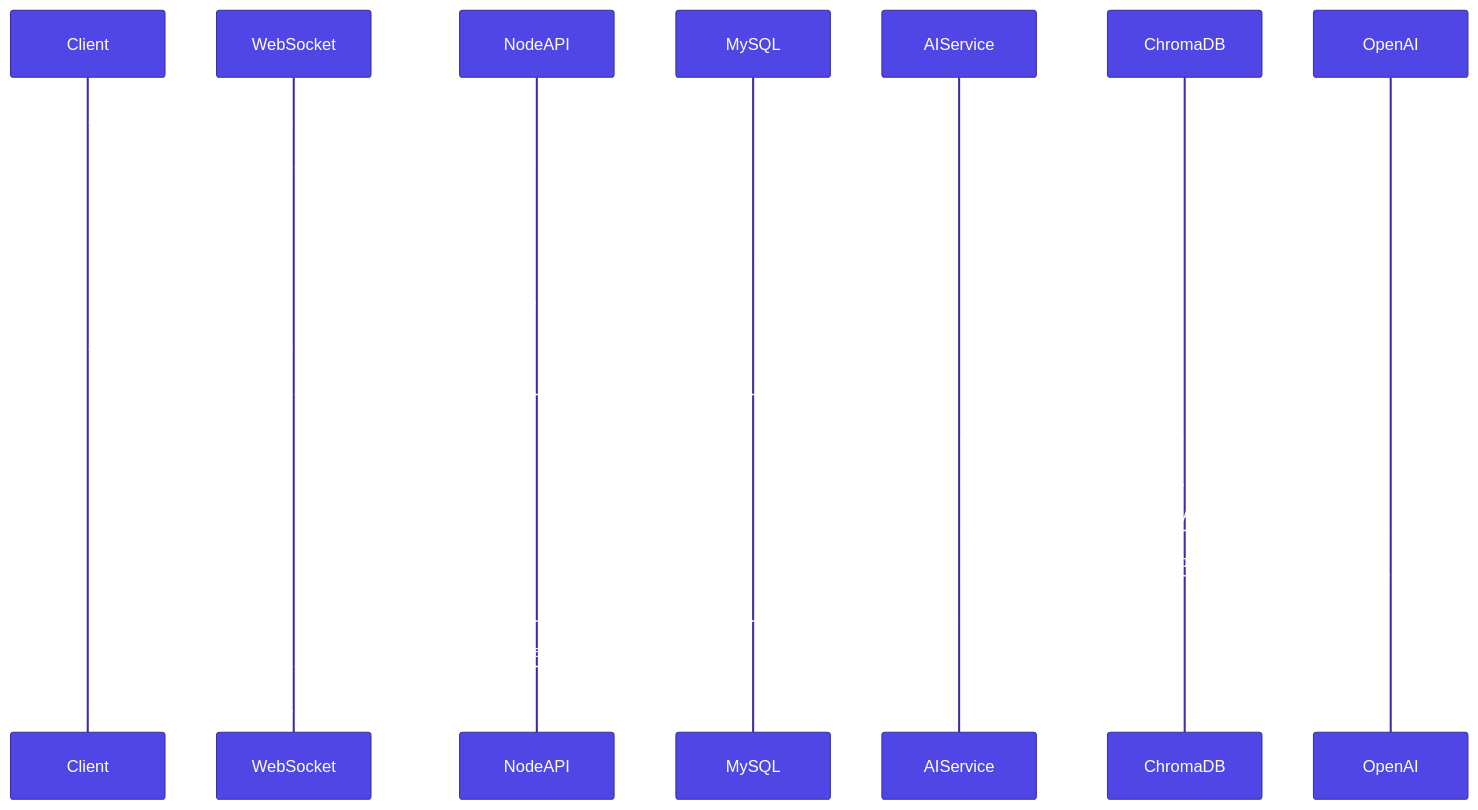
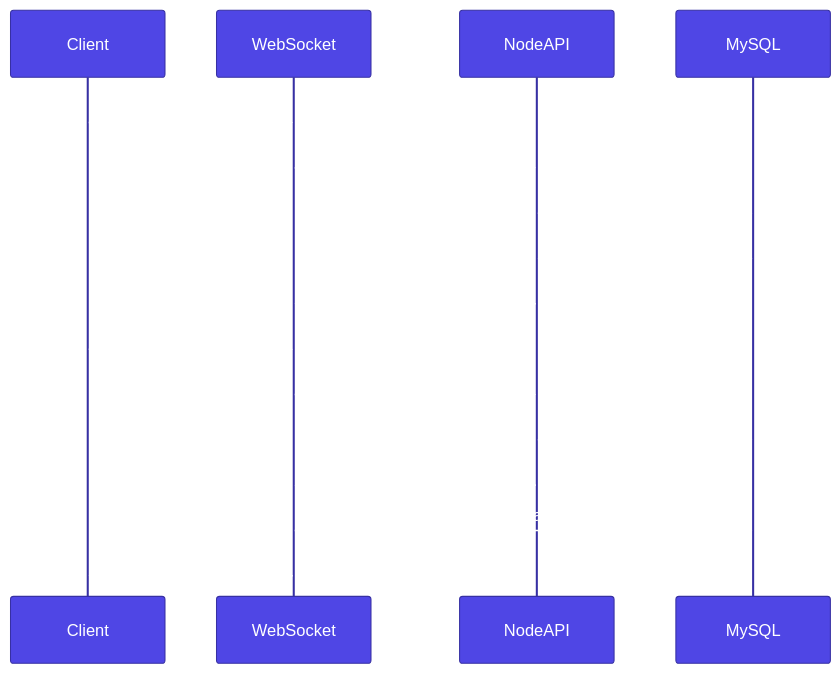
One commit to rohit-879/test changed the fifth of 9 diagrams in readme.md. Above: the diagram before and after it, drawn with Mermaid. The commit also changed other lines of this file, not shown here.

````diff
--- a/readme.md
+++ b/readme.md
@@ -190,24 +190,21 @@
 ```mermaid
 %%{init: {'theme':'base', 'themeVariables': {'primaryColor': '#4f46e5', 'primaryTextColor': '#ffffff', 'primaryBorderColor': '#3730a3', 'lineColor': '#6b7280', 'secondaryColor': '#e5e7eb', 'tertiaryColor': '#f3f4f6'}}}%%
 sequenceDiagram
     participant Client
     participant WebSocket
     participant NodeAPI
     participant MySQL
     
     Client->>WebSocket: Connect with JWT
     WebSocket->>NodeAPI: Validate Token
     NodeAPI->>MySQL: Verify User & Token
     MySQL-->>NodeAPI: User Validated
     NodeAPI-->>WebSocket: Authentication Success
     
-    Client->>WebSocket: Send Query
-    WebSocket->>AIService: Process Question
-    AIService->>ChromaDB: Semantic Search
-    ChromaDB-->>AIService: Relevant Documents
-    AIService->>OpenAI: Generate Answer
-    OpenAI-->>AIService: AI Response
-    AIService-->>WebSocket: Formatted Answer
+    Client->>WebSocket: Send Message
+    WebSocket->>NodeAPI: Process Message
+    NodeAPI->>MySQL: Store Message
+    NodeAPI-->>WebSocket: Message Processed
     WebSocket->>MySQL: Log Interaction
     WebSocket-->>Client: Send Response
 ```
````
